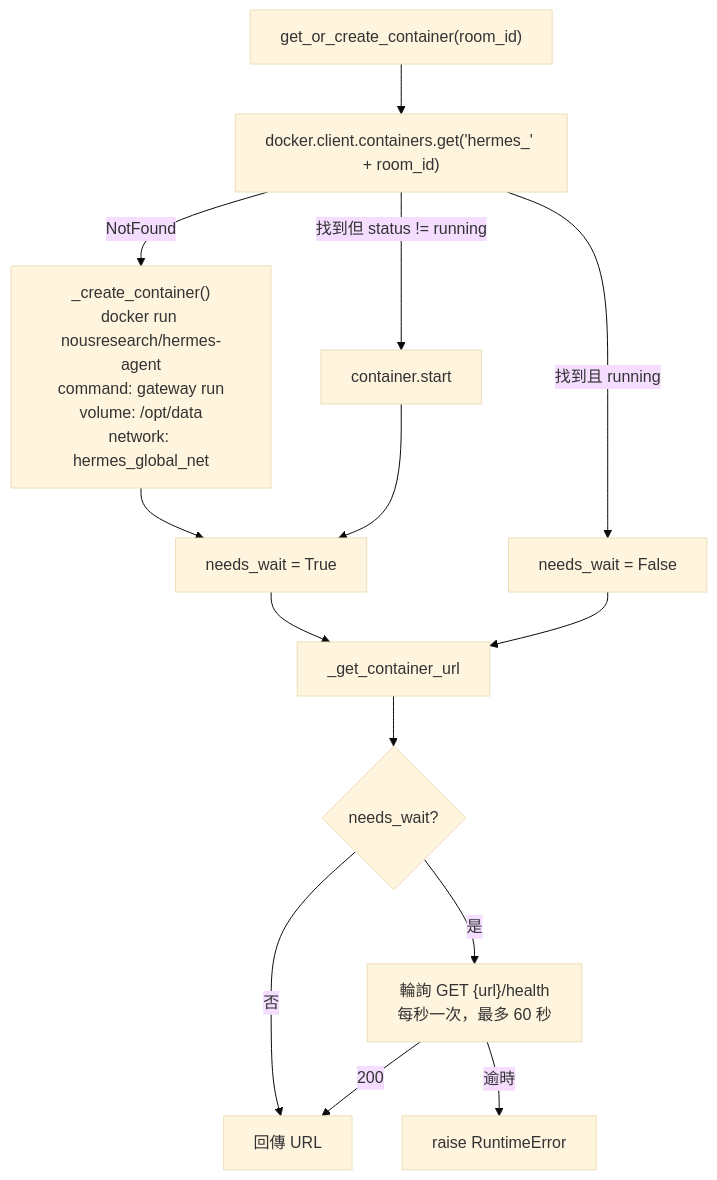
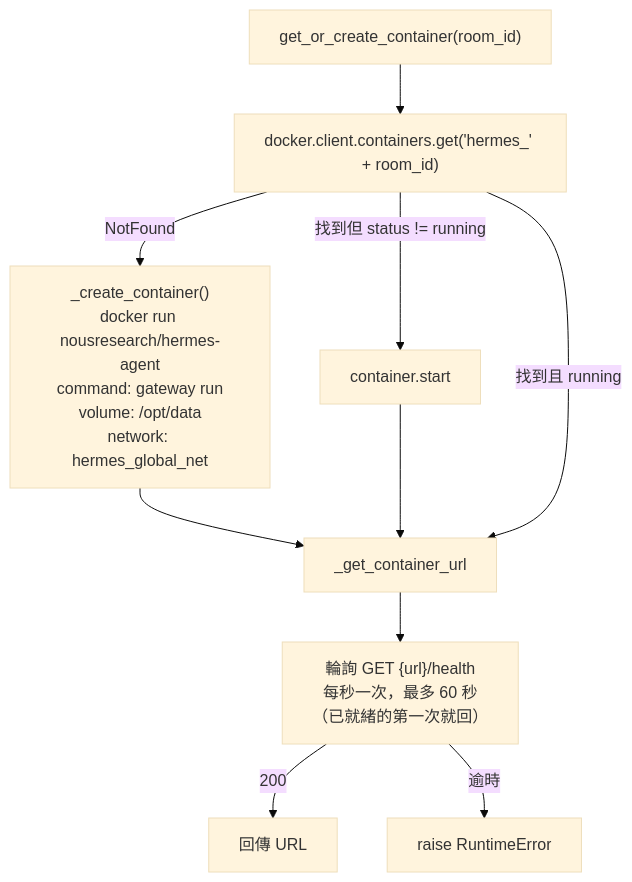
One commit to marychouchou/alice-office changed the third of 5 diagrams in docs/line-hermes-message-flow.md. Above: the diagram before and after it, drawn with Mermaid (base theme). The commit also changed other lines of this file and 7 other files, not shown here.

````diff
--- a/docs/line-hermes-message-flow.md
+++ b/docs/line-hermes-message-flow.md
@@ -141,16 +141,12 @@
 ```mermaid
 flowchart TD
     A["get_or_create_container(room_id)"] --> B["docker.client.containers.get('hermes_' + room_id)"]
     B -- NotFound --> C["_create_container()\ndocker run nousresearch/hermes-agent\ncommand: gateway run\nvolume: /opt/data\nnetwork: hermes_global_net"]
-    C --> D[needs_wait = True]
+    C --> G[_get_container_url]
     B -- 找到但 status != running --> E[container.start]
-    E --> D
-    B -- 找到且 running --> F[needs_wait = False]
-    D --> G[_get_container_url]
-    F --> G
-    G --> H{needs_wait?}
-    H -- 是 --> I["輪詢 GET {url}/health\n每秒一次，最多 60 秒"]
-    H -- 否 --> J[回傳 URL]
-    I -- 200 --> J
+    E --> G
+    B -- 找到且 running --> G
+    G --> I["輪詢 GET {url}/health\n每秒一次，最多 60 秒\n（已就緒的第一次就回）"]
+    I -- 200 --> J[回傳 URL]
     I -- 逾時 --> K[raise RuntimeError]
 ```
````
